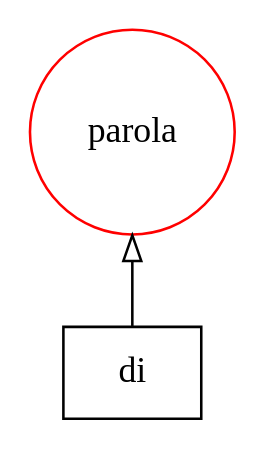
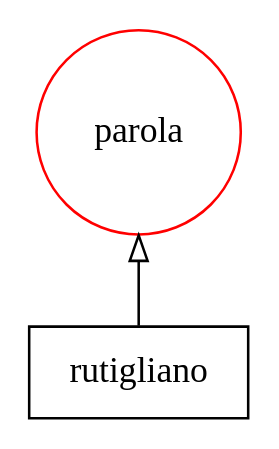
The diagram in var/spiegazioni/tag1.dot (Simoruty/AI-course-project), drawn with Graphviz before and after one commit. The commit also changed 283 other files, not shown here.

```diff
--- a/var/spiegazioni/tag1.dot
+++ b/var/spiegazioni/tag1.dot
@@ -1,33 +1,33 @@
 digraph {
    rankdir=BT;
    edge [arrowhead=empty];
 
    subgraph {
       rank="source";
       edge [arrowhead=normal];
       node [shape=box];
-      t2 [label="di"];
+      t2 [label="rutigliano"];
    }
 
    subgraph {
       rank="same";
       node [color=red,shape=circle];
       tag1 [label=parola]; 
    }
 
    subgraph {
       rank="same";
       node [color=blue,shape=circle];
    }
 
    subgraph {
       rank="same";
       node [color=green,shape=circle];
    }
 
    subgraph {
       rank="same";
       node [color=orange,shape=circle];
    }
    t2 -> tag1;
 }
```
